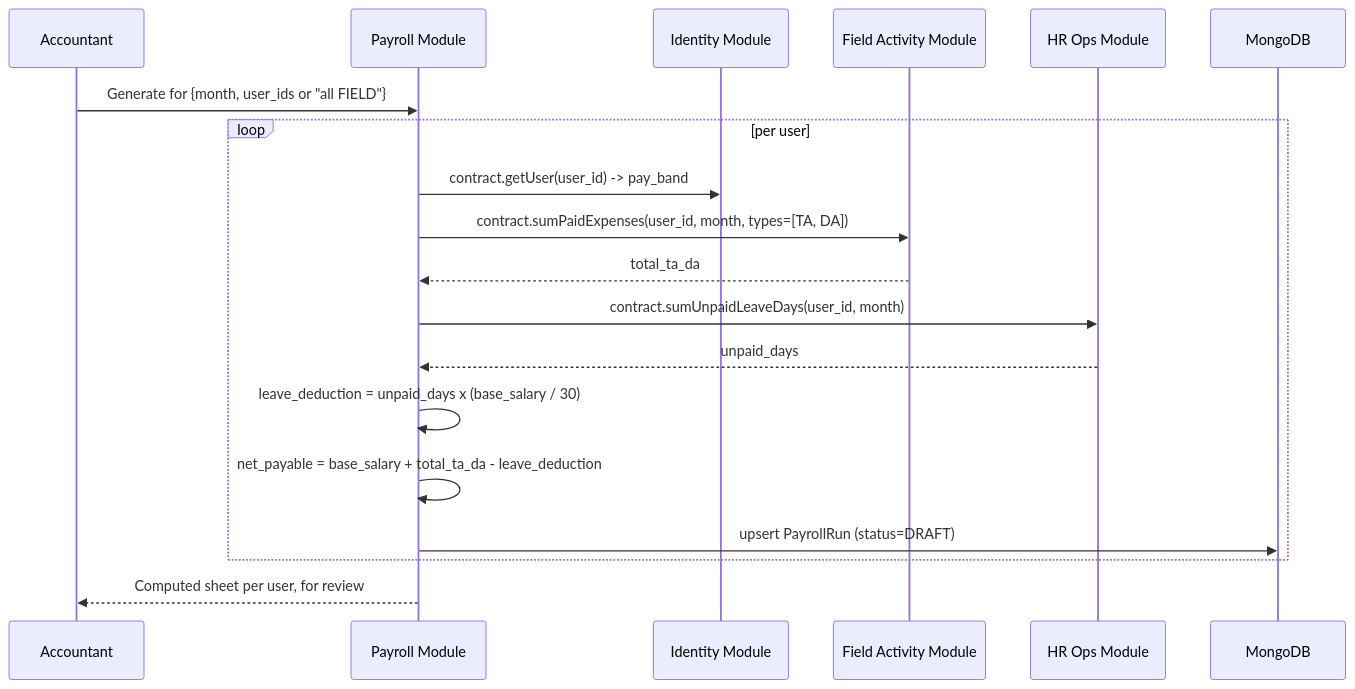
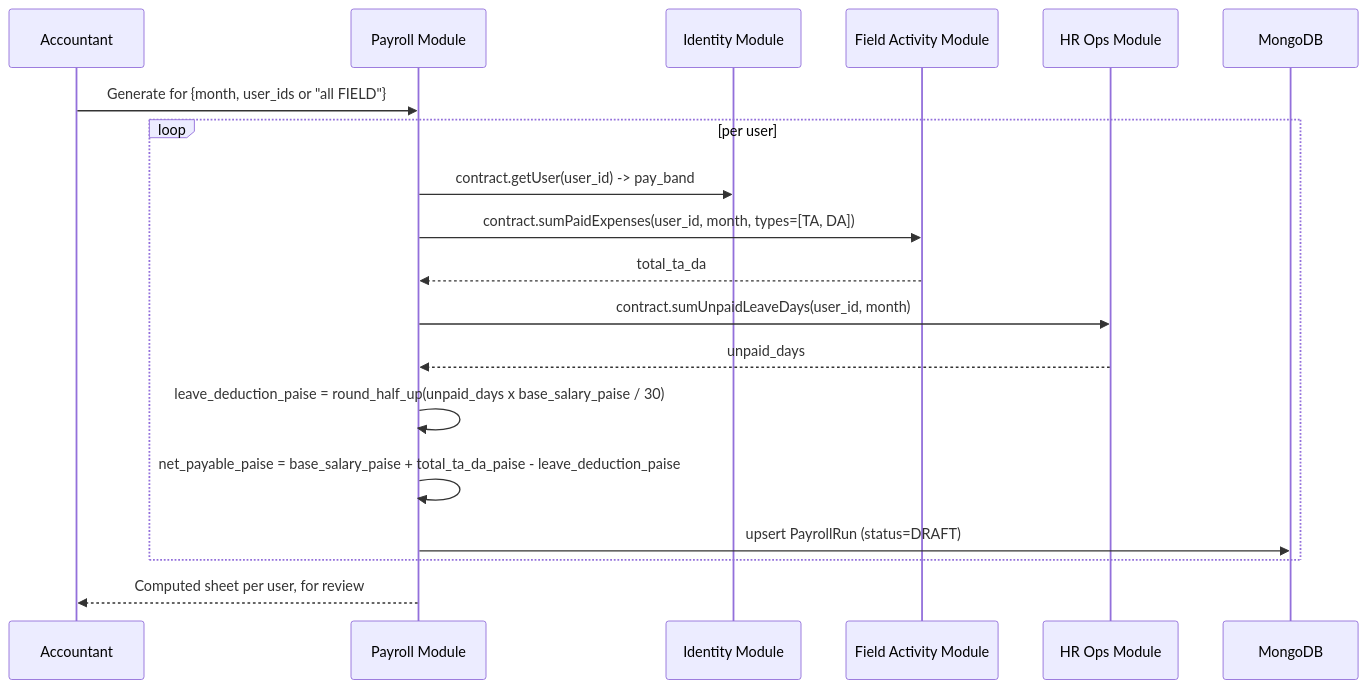
The diagram in docs/hld/07-payroll-generation.md (reboot-ai-private-limited/greynote), drawn with Mermaid before and after one commit. The commit also changed 35 other files, not shown here.

````diff
--- a/docs/hld/07-payroll-generation.md
+++ b/docs/hld/07-payroll-generation.md
@@ -7,22 +7,22 @@
 ```mermaid
 sequenceDiagram
     participant Acct as Accountant
     participant Payroll as Payroll Module
     participant Identity as Identity Module
     participant FA as Field Activity Module
     participant HR as HR Ops Module
     participant DB as MongoDB
 
     Acct->>Payroll: Generate for {month, user_ids or "all FIELD"}
     loop per user
         Payroll->>Identity: contract.getUser(user_id) -> pay_band
         Payroll->>FA: contract.sumPaidExpenses(user_id, month, types=[TA, DA])
         FA-->>Payroll: total_ta_da
         Payroll->>HR: contract.sumUnpaidLeaveDays(user_id, month)
         HR-->>Payroll: unpaid_days
-        Payroll->>Payroll: leave_deduction = unpaid_days x (base_salary / 30)
-        Payroll->>Payroll: net_payable = base_salary + total_ta_da - leave_deduction
+        Payroll->>Payroll: leave_deduction_paise = round_half_up(unpaid_days x base_salary_paise / 30)
+        Payroll->>Payroll: net_payable_paise = base_salary_paise + total_ta_da_paise - leave_deduction_paise
         Payroll->>DB: upsert PayrollRun (status=DRAFT)
     end
     Payroll-->>Acct: Computed sheet per user, for review
 ```
````
